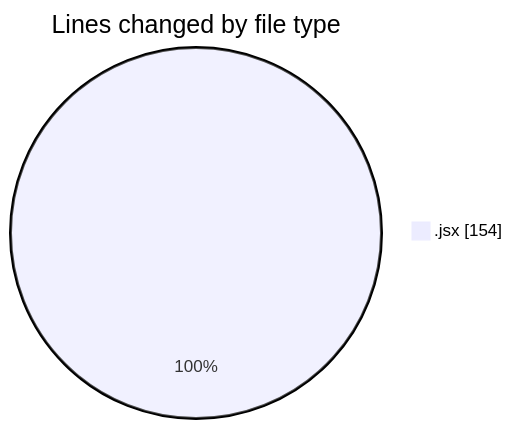
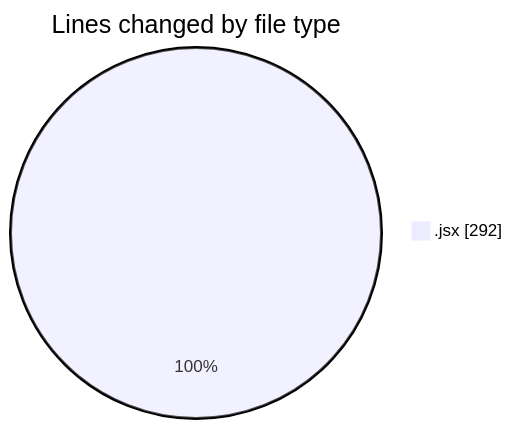
One commit to nxtqubesakshisongat/code-tracking changed the first of 2 diagrams in 2025-05-12/argos-dev/README.md. Above: the diagram before and after it, drawn with Mermaid. The commit also changed other lines of this file and 1 other file, not shown here.

````diff
--- a/2025-05-12/argos-dev/README.md
+++ b/2025-05-12/argos-dev/README.md
@@ -20,5 +20,5 @@
 ```mermaid
 pie showData
 title Lines changed by file type
-".jsx" : 154
+".jsx" : 292
 ```
````
